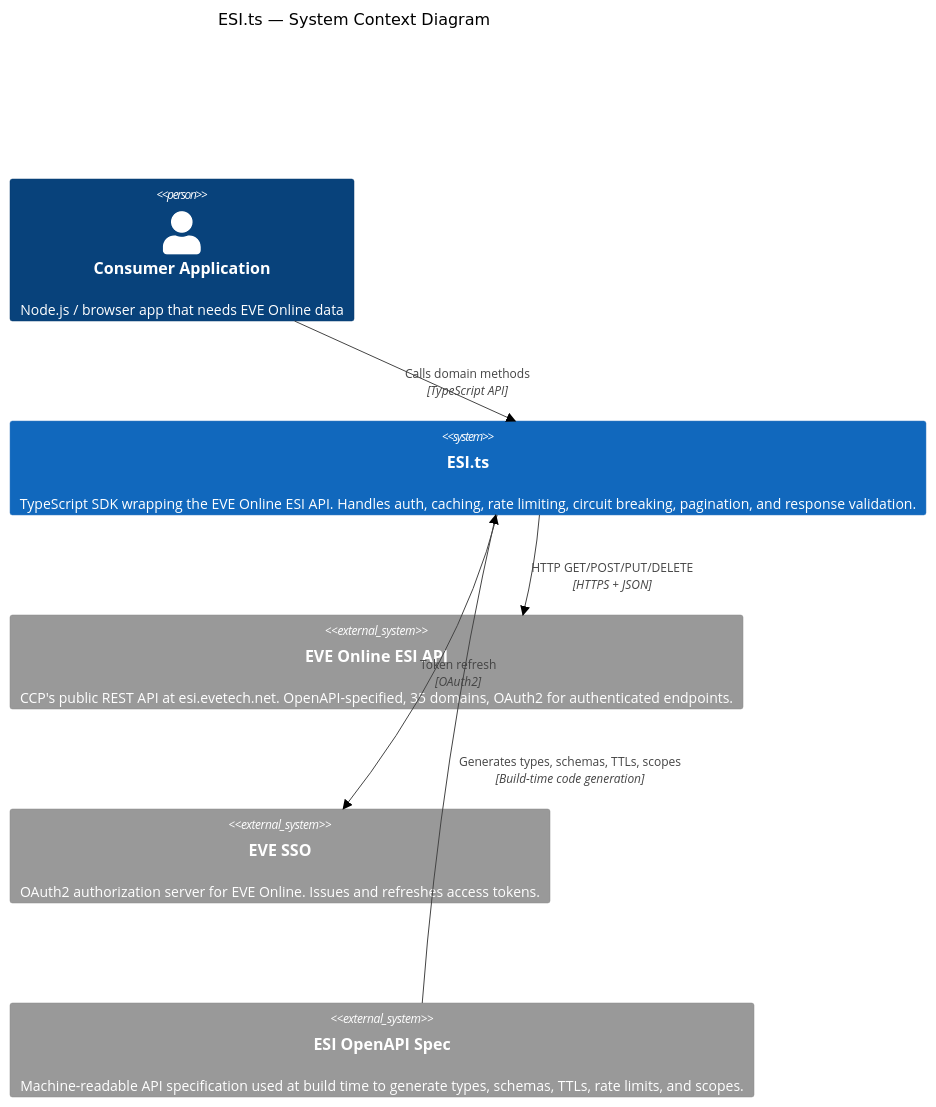
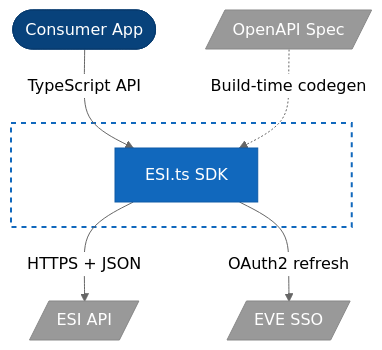
One commit to lgriffin/ESI.ts changed the first of 17 diagrams in guides/ARCHITECTURE.md. Above: the diagram before and after it, drawn with Mermaid (neutral theme). The commit also changed other lines of this file, not shown here.

First line of the commit message:
docs: simplify C4 diagram labels to prevent text overlap

````diff
--- a/guides/ARCHITECTURE.md
+++ b/guides/ARCHITECTURE.md
@@ -9,17 +17,24 @@
 ```mermaid
-C4Context
-    title ESI.ts — System Context Diagram
+flowchart TB
+    consumer(["Consumer App"])
 
-    Person(consumer, "Consumer Application", "Node.js / browser app that needs EVE Online data")
+    subgraph boundary [" "]
+        esits["ESI.ts SDK"]
+    end
 
-    System(esits, "ESI.ts", "TypeScript SDK wrapping the EVE Online ESI API. Handles auth, caching, rate limiting, circuit breaking, pagination, and response validation.")
+    esi[/"ESI API"/]
+    sso[/"EVE SSO"/]
+    spec[/"OpenAPI Spec"/]
 
-    System_Ext(esi, "EVE Online ESI API", "CCP's public REST API at esi.evetech.net. OpenAPI-specified, 35 domains, OAuth2 for authenticated endpoints.")
-    System_Ext(sso, "EVE SSO", "OAuth2 authorization server for EVE Online. Issues and refreshes access tokens.")
-    System_Ext(spec, "ESI OpenAPI Spec", "Machine-readable API specification used at build time to generate types, schemas, TTLs, rate limits, and scopes.")
+    consumer -- "TypeScript API" --> esits
+    esits -- "HTTPS + JSON" --> esi
+    esits -- "OAuth2 refresh" --> sso
+    spec -. "Build-time codegen" .-> esits
 
-    Rel(consumer, esits, "Calls domain methods", "TypeScript API")
-    Rel(esits, esi, "HTTP GET/POST/PUT/DELETE", "HTTPS + JSON")
-    Rel(esits, sso, "Token refresh", "OAuth2")
-    Rel(spec, esits, "Generates types, schemas, TTLs, scopes", "Build-time code generation")
+    style consumer fill:#08427b,color:#fff,stroke:#073b6f
+    style esits fill:#1168bd,color:#fff,stroke:#0e5aa7
+    style esi fill:#999,color:#fff,stroke:#888
+    style sso fill:#999,color:#fff,stroke:#888
+    style spec fill:#999,color:#fff,stroke:#888
+    style boundary fill:none,stroke:#1168bd,stroke-width:2px,stroke-dasharray:5
 ```
````
